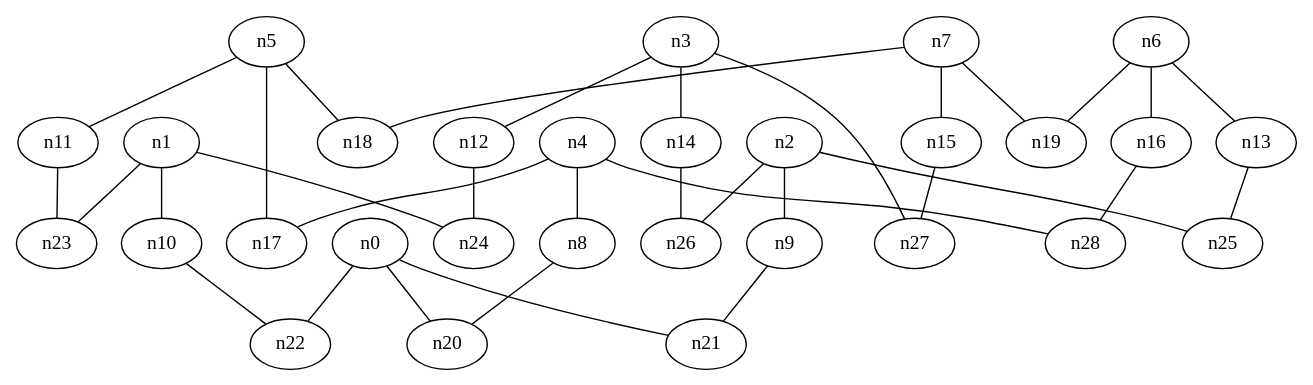
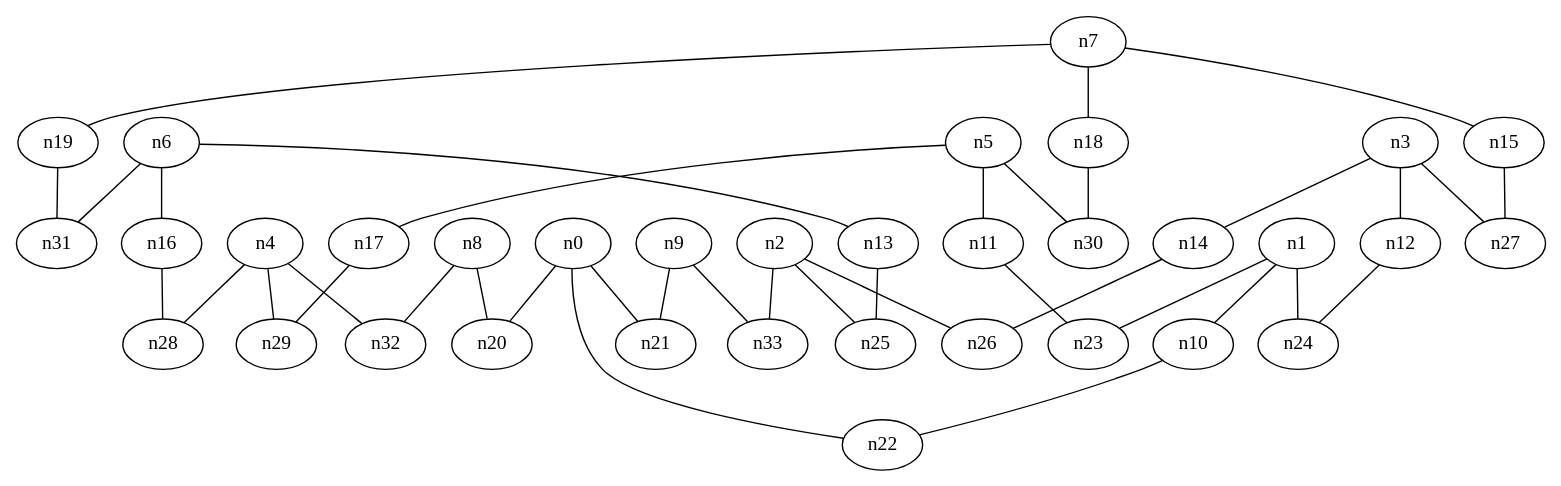
The diagram in new_outputs/cube_animation49.dot (brendonu/spherical-mds), drawn with Graphviz before and after one commit. The commit also changed 103 other files, not shown here.

```diff
--- a/new_outputs/cube_animation49.dot
+++ b/new_outputs/cube_animation49.dot
@@ -1,97 +1,112 @@
 strict graph "" {
 	graph [edge_default="{}",
 		node_default="{}"
 	];
 	node [label="\N"];
-	n0	 [dim3pos="-0.1134545592221913,-0.43335005259476195,-0.8940558119646755",
-		pos="1.314735391970893,-2.6771153041946456"];
-	n20	 [dim3pos="-0.07382978526915229,0.71175095083235,0.6985411561220689",
-		pos="4.815749126238813,-0.7974395805366906"];
-	n0 -- n20	 [id=e0];
-	n21	 [dim3pos="0.2887374311128772,0.30988715873883665,0.9058701036700061",
-		pos="-2.320878643595301,-0.4373668127436424"];
-	n0 -- n21	 [id=e1];
-	n22	 [dim3pos="-0.002745817106227953,-0.05960662501359126,-0.9982181679086533",
-		pos="1.5247632335338834,3.201297954814864"];
-	n0 -- n22	 [id=e2];
-	n1	 [dim3pos="-0.2880817625132607,0.5169448820606405,-0.8060873941568394",
-		pos="2.0792097109543297,2.508306948436856"];
-	n10	 [dim3pos="0.06348404933223407,-0.31683201802465233,0.9463547156509597",
-		pos="4.91014155216296,0.329034656058289"];
-	n1 -- n10	 [id=e14];
-	n23	 [dim3pos="-0.4034650022863716,0.24005193137795708,-0.8829445408244907",
-		pos="2.604875573309581,2.652893962071535"];
-	n1 -- n23	 [id=e3];
-	n24	 [dim3pos="0.23082307185405157,-0.8470902179642439,0.478705412680021",
-		pos="4.978419574866731,1.071616722160398"];
-	n1 -- n24	 [id=e4];
-	n2	 [dim3pos="-0.08604646012728445,0.008044537871230424,-0.9962586471945938",
-		pos="6.189965641249112,3.228122279605997"];
-	n9	 [dim3pos="-0.29067295648183095,-0.11130429882904413,-0.9503265677819843",
-		pos="6.648880826367179,3.458105559529676"];
-	n2 -- n9	 [id=e13];
-	n25	 [dim3pos="0.31691264172604433,-0.17460170768922492,0.9322449362620461",
-		pos="2.638023545224424,-0.370227825312433"];
-	n2 -- n25	 [id=e5];
-	n26	 [dim3pos="0.28763426283311044,-0.036149259606157225,-0.957057867568299",
-		pos="6.158162933635272,2.8474734976332643"];
-	n2 -- n26	 [id=e6];
-	n3	 [dim3pos="0.7511526391830815,-0.5124183286164657,-0.4161696398660034",
-		pos="-0.5986631414274698,2.0000250780977162"];
-	n12	 [dim3pos="-0.6453511943691886,-0.7385919838999265,0.19494542119534994",
-		pos="3.994262433142058,1.3745945233709895"];
-	n3 -- n12	 [id=e16];
-	n14	 [dim3pos="0.6434271727635942,-0.16130460398310822,-0.7483196496707143",
-		pos="-0.24563359336650165,2.4163216006644355"];
-	n3 -- n14	 [id=e18];
-	n27	 [dim3pos="0.11378848924272982,-0.8123529518618811,-0.5719570449930184",
-		pos="4.851556245264309,-4.103499288911591"];
-	n3 -- n27	 [id=e7];
-	n4	 [dim3pos="0.7851089168886416,-0.04750534778914093,-0.6175331817427925",
-		pos="9.3643436719262,-2.2363988823270233"];
-	n8	 [dim3pos="-0.575562582907124,0.6062126065479257,0.5488478740230756",
-		pos="5.471857377785246,-0.9898109828544481"];
-	n4 -- n8	 [id=e12];
-	n17	 [dim3pos="0.42766536119623955,0.028735588007377057,-0.9034802736168401",
-		pos="3.2086835683069177,-2.698617145556873"];
-	n4 -- n17	 [id=e8];
-	n28	 [dim3pos="-0.6770800443543369,-0.5624113925443179,0.4746114611695448",
-		pos="0.6931480808239363,-1.076273771015619"];
-	n4 -- n28	 [id=e9];
-	n5	 [dim3pos="0.009902340383002407,0.0017896359502055626,-0.9999493691473108",
-		pos="3.3203912202440344,-3.131529723604729"];
-	n11	 [dim3pos="0.22780595091793113,-0.02670036347956336,0.973340402591219",
-		pos="-0.11667428753476439,0.23142559284345393"];
-	n5 -- n11	 [id=e15];
-	n5 -- n17	 [id=e21];
-	n18	 [dim3pos="-0.09767426118964069,-0.07708672199485053,-0.9922284898112664",
-		pos="3.8097272973088145,3.0168401212412195"];
-	n5 -- n18	 [id=e10];
-	n6	 [dim3pos="0.04817604682453885,-0.48608940401288203,0.8725801738629871",
-		pos="1.6695831555254,-0.5103365260627116"];
-	n13	 [dim3pos="-0.28146428953983466,0.37187124203376015,-0.8845844408885478",
-		pos="5.360282843382237,3.6267867546897534"];
-	n6 -- n13	 [id=e17];
-	n16	 [dim3pos="0.12810037606026825,0.7628219718685443,-0.6337924998671125",
-		pos="4.546011771191664,4.025942540526404"];
-	n6 -- n16	 [id=e20];
-	n19	 [dim3pos="0.022431591124675673,0.1750598003178834,-0.9843022351047864",
-		pos="4.584946710646711,3.3190131014519277"];
-	n6 -- n19	 [id=e11];
-	n7	 [dim3pos="0.09578391371635192,0.17548384116521845,0.9798116468807048",
-		pos="1.071162181373509,0.2012791567570037"];
-	n15	 [dim3pos="-0.13599613585450912,-0.5465532736184396,-0.8263077938211698",
-		pos="4.468516474756112,-3.7398687205431433"];
-	n7 -- n15	 [id=e19];
-	n7 -- n18	 [id=e22];
-	n7 -- n19	 [id=e23];
-	n8 -- n20	 [id=e24];
-	n9 -- n21	 [id=e25];
-	n10 -- n22	 [id=e26];
-	n11 -- n23	 [id=e27];
-	n12 -- n24	 [id=e28];
-	n13 -- n25	 [id=e29];
-	n14 -- n26	 [id=e30];
-	n15 -- n27	 [id=e31];
-	n16 -- n28	 [id=e32];
+	n0	[dim3pos="0.06441687365577911,0.9679070722029395,0.24291225981400966",
+		pos="-1.637251073252235,4.95775588860575"];
+	n20	[dim3pos="0.39522697928322753,-0.7386660823095931,-0.5460476661355241",
+		pos="-4.2210922160054976,-2.148435497794089"];
+	n0 -- n20	[id=e0];
+	n21	[dim3pos="-0.74014136006532,-0.6530070554474926,0.1605383214576923",
+		pos="0.7229346451913917,-1.4095603025537213"];
+	n0 -- n21	[id=e1];
+	n22	[dim3pos="-0.6802388107160268,-0.5365496968140187,-0.4993892101802263",
+		pos="0.6678537150539976,-2.0936899665350888"];
+	n0 -- n22	[id=e2];
+	n1	[dim3pos="0.2998785936944178,0.0967707283060707,0.9490565078998041",
+		pos="3.45374259341141,-19.170124185776213"];
+	n10	[dim3pos="0.5831146495725371,0.27317081335674953,0.7650849705646486",
+		pos="-2.7034869529291523,5.583562256818394"];
+	n1 -- n10	[id=e14];
+	n23	[dim3pos="0.029680827954542598,0.020450682751685666,0.9993501978920717",
+		pos="-2.538273921458203,-6.319237283378455"];
+	n1 -- n23	[id=e3];
+	n24	[dim3pos="0.19666092849529446,-0.01583746507808884,0.9803436407215936",
+		pos="3.0612342392166716,-6.48178588309623"];
+	n1 -- n24	[id=e4];
+	n2	[dim3pos="0.09350035526465736,0.2912230623371182,-0.9520750031002673",
+		pos="-1.8814613818367008,3.4524391322647223"];
+	n25	[dim3pos="-0.036270859881969326,-0.04982458632508663,0.998099161066152",
+		pos="13.507914020249464,-6.34485282597825"];
+	n2 -- n25	[id=e5];
+	n26	[dim3pos="-0.012828936267289376,0.1807178367238135,-0.9834513113947813",
+		pos="4.783258858850018,-9.24259928864766"];
+	n2 -- n26	[id=e6];
+	n33	[dim3pos="0.2384765138605317,0.5947672729229285,-0.7677114323733562",
+		pos="-1.952128028923176,3.837126956498701"];
+	n2 -- n33	[id=e37];
+	n3	[dim3pos="-0.10612561960493744,0.10621614905278282,0.9886634829626637",
+		pos="14.922138766187038,6.433903597132375"];
+	n12	[dim3pos="0.03657991026032548,-0.01714265539550902,0.9991836865818704",
+		pos="-9.863020886437438,6.242776780763042"];
+	n3 -- n12	[id=e16];
+	n14	[dim3pos="0.013056556723209939,-0.02864443668875749,0.999504388471265",
+		pos="14.56484588075488,-0.03148499555696362"];
+	n3 -- n14	[id=e18];
+	n27	[dim3pos="0.3619065879664913,-0.37135672641506284,-0.8550542692325093",
+		pos="5.484900074282527,-9.969918798962926"];
+	n3 -- n27	[id=e7];
+	n4	[dim3pos="0.06766152497742117,-0.07180328652479084,0.9951212017045806",
+		pos="-0.8150869755531324,6.382006059827255"];
+	n28	[dim3pos="-0.21692834144400175,0.1020990154505545,-0.970833603519358",
+		pos="2.7016931217459743,-3.3837053935643246"];
+	n4 -- n28	[id=e8];
+	n29	[dim3pos="-0.1097185981527723,0.25955029865441936,-0.959476665525427",
+		pos="-4.3124462076878975,-3.4272498650298666"];
+	n4 -- n29	[id=e9];
+	n32	[dim3pos="0.18496436067020225,-0.21249364480445446,-0.9594970746175215",
+		pos="2.287041556038813,-9.139193185354568"];
+	n4 -- n32	[id=e36];
+	n5	[dim3pos="-0.20695509083384117,-0.475933072951231,0.8547849439766442",
+		pos="-8.264157865042947,-18.3038959125938"];
+	n11	[dim3pos="-0.15873921892663595,-0.18605890755157894,0.9696308283544178",
+		pos="10.289244801952828,6.530264821542827"];
+	n5 -- n11	[id=e15];
+	n17	[dim3pos="0.008009845017510188,-0.41927130867627566,0.9078256507191668",
+		pos="4.731490861701955,6.715912101892981"];
+	n5 -- n17	[id=e21];
+	n30	[dim3pos="0.4286315565547656,0.6676267529247064,-0.6087277778323016",
+		pos="7.283234786738116,2.2252523806034277"];
+	n5 -- n30	[id=e10];
+	n6	[dim3pos="-0.444891405571273,-0.17114098851224785,-0.8790804282316083",
+		pos="9.792008400432572,15.211096552464983"];
+	n13	[dim3pos="0.15907685996328938,0.12381875690831519,0.9794710144061944",
+		pos="0.6614046307669151,-6.080209384737581"];
+	n6 -- n13	[id=e17];
+	n16	[dim3pos="-0.36481972782299,0.01981078532311531,-0.9308673906502692",
+		pos="9.370528298680002,-3.5156091815330317"];
+	n6 -- n16	[id=e20];
+	n31	[dim3pos="0.6604756503463163,0.3824783703017183,0.6461286339042345",
+		pos="0.5249065885953007,-11.698075409599017"];
+	n6 -- n31	[id=e11];
+	n7	[dim3pos="0.606675649946119,-0.7522261360507121,-0.2571001672591243",
+		pos="-0.8921002718838078,8.114001931597981"];
+	n15	[dim3pos="-0.5397789767132627,0.5845280039880953,0.6057769134360239",
+		pos="2.316414055938778,-5.363130955464429"];
+	n7 -- n15	[id=e19];
+	n18	[dim3pos="-0.7844483714715523,-0.5349610594569155,0.3137792494100973",
+		pos="10.023292483912858,13.81799624346506"];
+	n7 -- n18	[id=e22];
+	n19	[dim3pos="0.5719331277590674,0.7381427133291687,0.35782374450388693",
+		pos="7.194779468175756,7.488045348390641"];
+	n7 -- n19	[id=e23];
+	n8	[dim3pos="-0.36389338731662135,0.4801557454757697,0.7981428836704887",
+		pos="-0.9222803886554953,-6.929775254157949"];
+	n8 -- n20	[id=e24];
+	n8 -- n32	[id=e12];
+	n9	[dim3pos="-0.39303546536687634,-0.7753722426790404,0.49428838570890815",
+		pos="7.3848300171693015,-1.0537802938641545"];
+	n9 -- n21	[id=e25];
+	n9 -- n33	[id=e13];
+	n10 -- n22	[id=e26];
+	n11 -- n23	[id=e27];
+	n12 -- n24	[id=e28];
+	n13 -- n25	[id=e29];
+	n14 -- n26	[id=e30];
+	n15 -- n27	[id=e31];
+	n16 -- n28	[id=e32];
+	n17 -- n29	[id=e33];
+	n18 -- n30	[id=e34];
+	n19 -- n31	[id=e35];
 }
```
